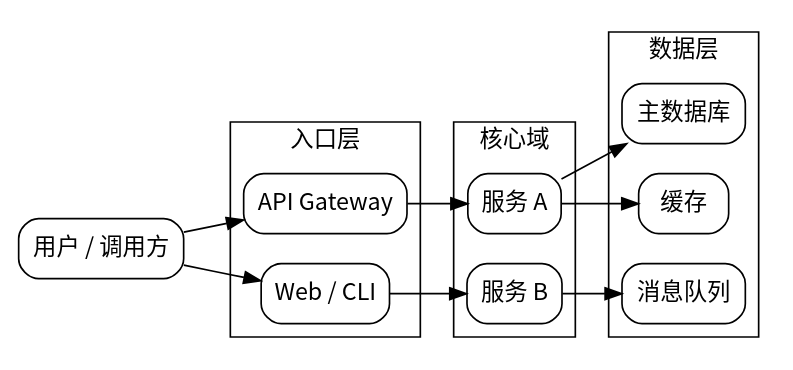
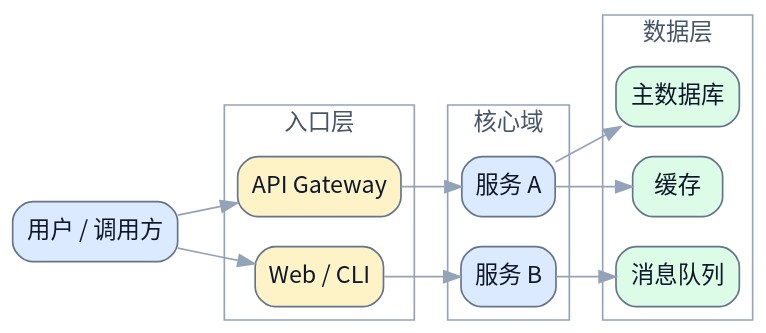
One commit to terencefan/inority-workspace changed the first of 5 diagrams in skills/draw-dot/references/patterns.md. Above: the diagram before and after it, drawn with Graphviz. The commit also changed other lines of this file and 28 other files, not shown here.

````diff
--- a/skills/draw-dot/references/patterns.md
+++ b/skills/draw-dot/references/patterns.md
@@ -7,36 +7,42 @@
 ```dot
 digraph G {
-  graph [fontname="Noto Sans CJK SC", rankdir=LR];
-  node [fontname="Noto Sans CJK SC", shape=box, style="rounded"];
-  edge [fontname="Noto Sans CJK SC"];
+  graph [fontname="Noto Sans CJK SC", rankdir=LR, bgcolor="transparent"];
+  node [fontname="Noto Sans CJK SC", shape=box, style="rounded,filled", color="#64748b", fontcolor="#0f172a", fillcolor="#f8fafc"];
+  edge [fontname="Noto Sans CJK SC", color="#94a3b8", fontcolor="#94a3b8"];
 
-  user [label="用户 / 调用方"];
+  user [label="用户 / 调用方", fillcolor="#dbeafe"];
 
   subgraph cluster_entry {
     label="入口层";
-    gateway [label="API Gateway"];
-    web [label="Web / CLI"];
+    color="#94a3b8";
+    fontcolor="#475569";
+    gateway [label="API Gateway", fillcolor="#fef3c7"];
+    web [label="Web / CLI", fillcolor="#fef3c7"];
   }
 
   subgraph cluster_core {
     label="核心域";
-    service_a [label="服务 A"];
-    service_b [label="服务 B"];
+    color="#94a3b8";
+    fontcolor="#475569";
+    service_a [label="服务 A", fillcolor="#dbeafe"];
+    service_b [label="服务 B", fillcolor="#dbeafe"];
   }
 
   subgraph cluster_data {
     label="数据层";
-    db [label="主数据库"];
-    cache [label="缓存"];
-    mq [label="消息队列"];
+    color="#94a3b8";
+    fontcolor="#475569";
+    db [label="主数据库", fillcolor="#dcfce7"];
+    cache [label="缓存", fillcolor="#dcfce7"];
+    mq [label="消息队列", fillcolor="#dcfce7"];
   }
 
   user -> gateway;
   user -> web;
   gateway -> service_a;
   web -> service_b;
   service_a -> db;
   service_a -> cache;
   service_b -> mq;
 }
 ```
````
